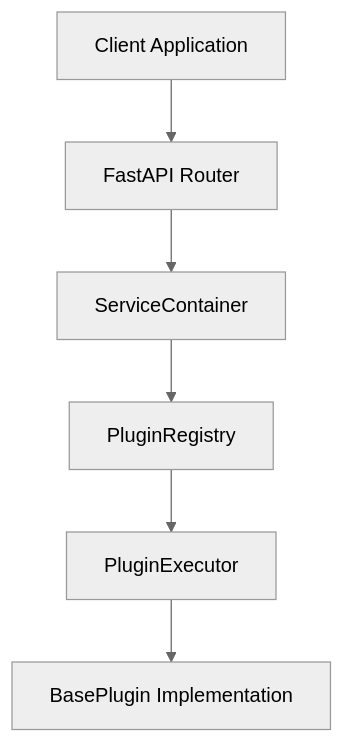
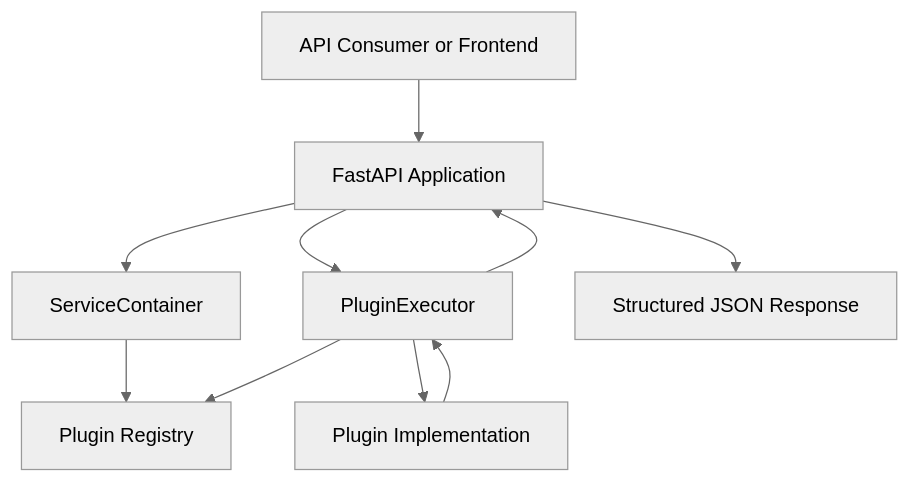
One commit to mohamadrahdan/GeoAI-Platform changed the first of 3 diagrams in docs/plugin-flow.md. Above: the diagram before and after it, drawn with Mermaid (neutral theme). The commit also changed other lines of this file, not shown here.

Commit message:
docs: align plugin flow with current inference architecture

````diff
--- a/docs/plugin-flow.md
+++ b/docs/plugin-flow.md
@@ -17,21 +44,20 @@
 ```mermaid
-graph TD
-
-    Client[Client Application]
-
-    API[FastAPI Router]
-
+flowchart TD
+    Client[API Consumer or Frontend]
+    API[FastAPI Application]
     Container[ServiceContainer]
-
-    Registry[PluginRegistry]
-
+    Registry[Plugin Registry]
     Executor[PluginExecutor]
-
-    Plugin[BasePlugin Implementation]
+    Plugin[Plugin Implementation]
+    Response[Structured JSON Response]
 
     Client --> API
     API --> Container
     Container --> Registry
-    Registry --> Executor
+    API --> Executor
+    Executor --> Registry
     Executor --> Plugin
+    Plugin --> Executor
+    Executor --> API
+    API --> Response
 ```
````
